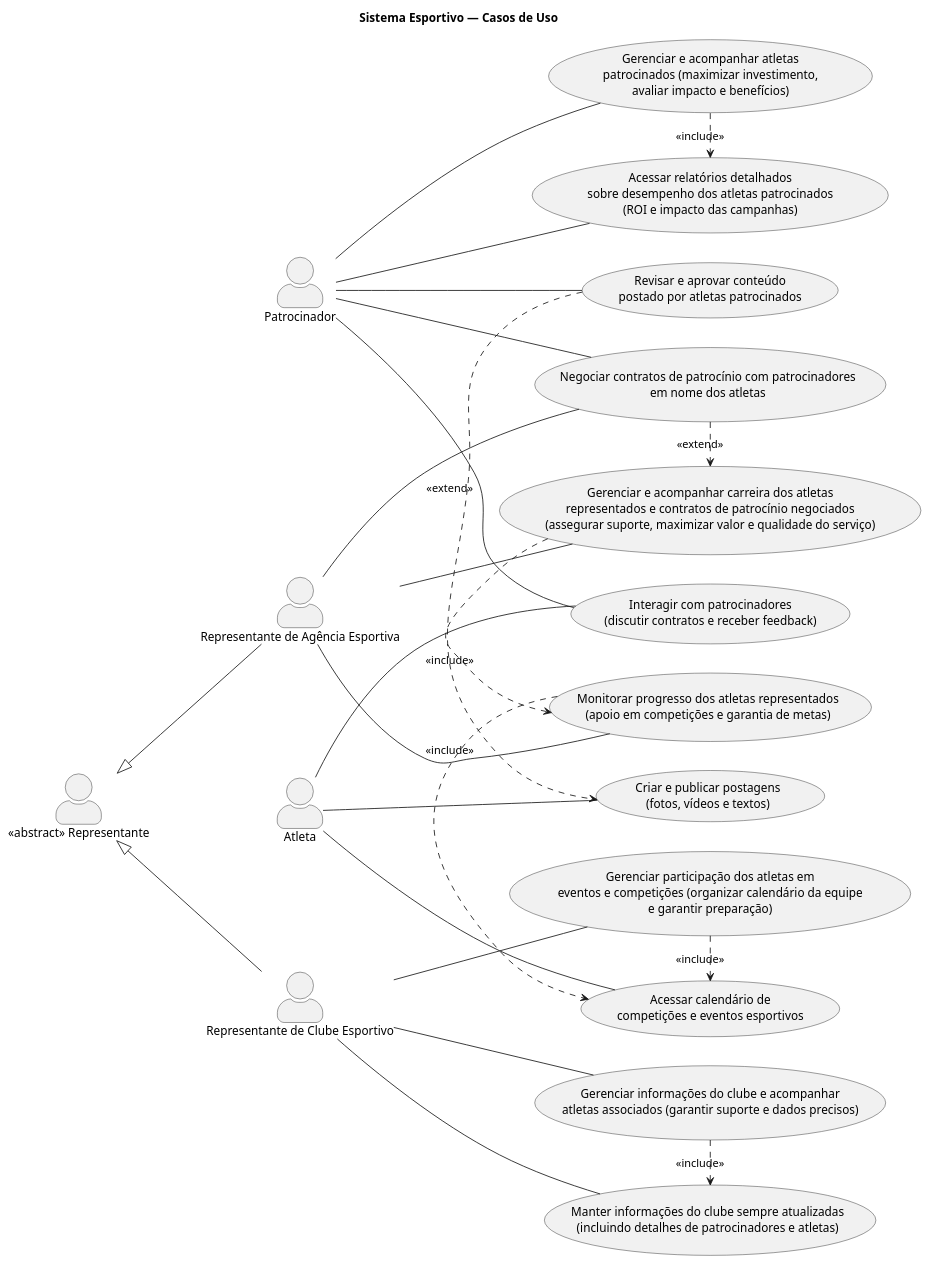
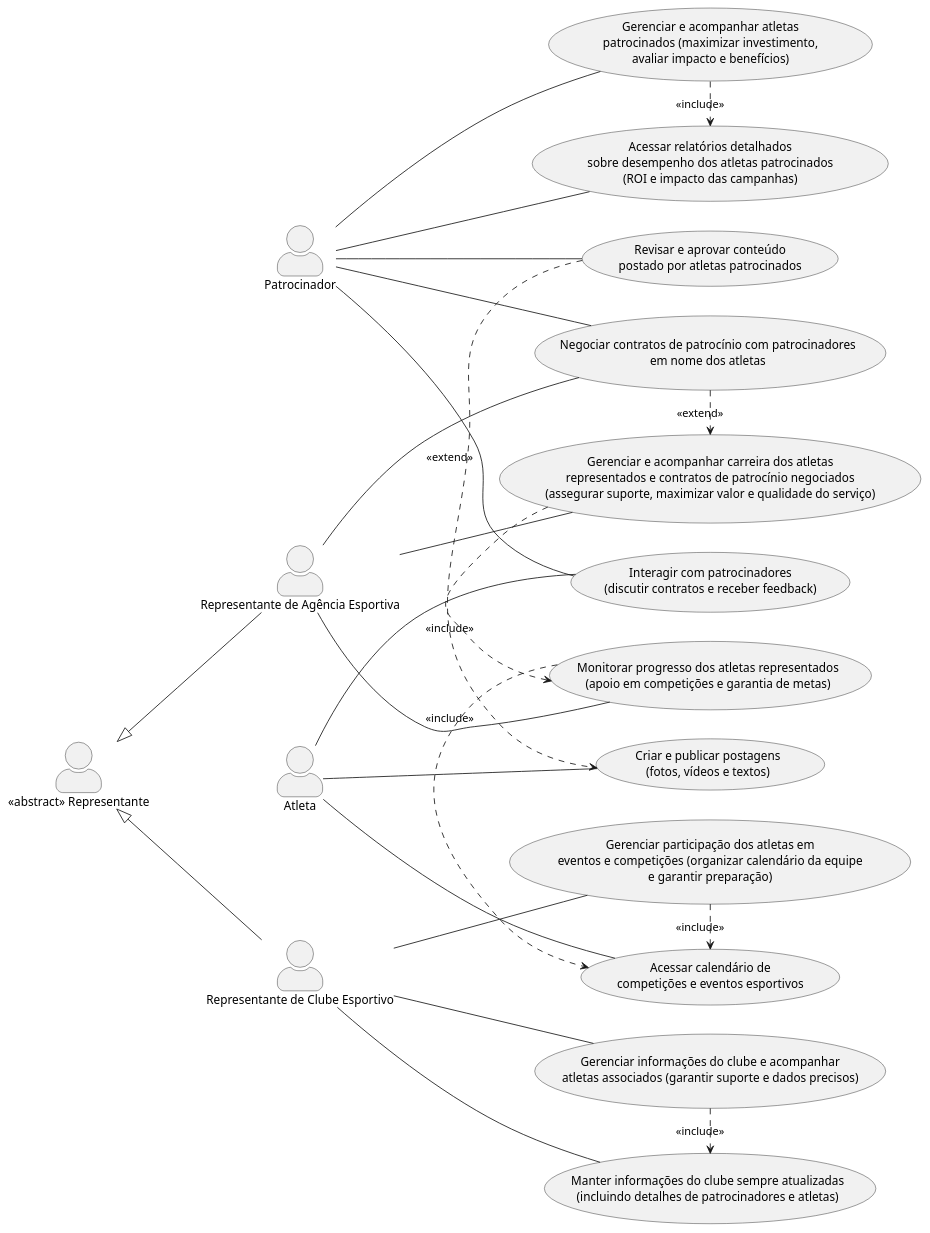
The diagram in DescricaoAtividadesRealizadas/AvaliacaoDiretrizes/Sistema1-Atletas/casoUso-Atletas.puml (carloshenriquehannas/TCC), drawn with PlantUML before and after one commit. The commit also changed 25 other files, not shown here.

```diff
--- a/DescricaoAtividadesRealizadas/AvaliacaoDiretrizes/Sistema1-Atletas/casoUso-Atletas.puml
+++ b/DescricaoAtividadesRealizadas/AvaliacaoDiretrizes/Sistema1-Atletas/casoUso-Atletas.puml
@@ -1,92 +1,92 @@
 @startuml casos de uso - atletas
-title Sistema Esportivo — Casos de Uso
 
 left to right direction
+'top to bottom direction
 skinparam actorStyle awesome
 
 ' =======================
 ' Atores
 ' =======================
 actor "Atleta" as Atleta
 actor "Patrocinador" as Patrocinador
 
 actor "<<abstract>> Representante" as Representante
 actor "Representante de Agência Esportiva" as RepAgencia
 actor "Representante de Clube Esportivo" as RepClube
 
 Representante <|-- RepAgencia
 Representante <|-- RepClube
 
 ' =======================
 ' Casos de uso — Atleta
 ' =======================
 usecase "Criar e publicar postagens\n(fotos, vídeos e textos)" as UC_Postagens
 usecase "Interagir com patrocinadores\n(discutir contratos e receber feedback)" as UC_InteragirPatroc
 usecase "Acessar calendário de\ncompetições e eventos esportivos" as UC_Calendario
 
 Atleta -- UC_Postagens
 Atleta -- UC_InteragirPatroc
 Atleta -- UC_Calendario
 
 Patrocinador -- UC_InteragirPatroc
 
 ' =======================
 ' Casos de uso — Patrocinador
 ' =======================
 usecase "Gerenciar e acompanhar atletas\npatrocinados (maximizar investimento,\navaliar impacto e benefícios)" as UC_GerenciarAcompanhar
 usecase "Revisar e aprovar conteúdo\npostado por atletas patrocinados" as UC_AprovarConteudo
 usecase "Acessar relatórios detalhados\nsobre desempenho dos atletas patrocinados\n(ROI e impacto das campanhas)" as UC_Relatorios
 
 Patrocinador -- UC_GerenciarAcompanhar
 Patrocinador -- UC_AprovarConteudo
 Patrocinador -- UC_Relatorios
 
 ' =======================
 ' Casos de uso — Representante de Agência
 ' =======================
 usecase "Gerenciar e acompanhar carreira dos atletas\nrepresentados e contratos de patrocínio negociados\n(assegurar suporte, maximizar valor e qualidade do serviço)" as UC_GerenciarCarreiraContratos
 usecase "Monitorar progresso dos atletas representados\n(apoio em competições e garantia de metas)" as UC_MonitorarProgresso
 usecase "Negociar contratos de patrocínio com patrocinadores\nem nome dos atletas" as UC_NegociarContratos
 
 RepAgencia -- UC_GerenciarCarreiraContratos
 RepAgencia -- UC_MonitorarProgresso
 RepAgencia -- UC_NegociarContratos
 Patrocinador -- UC_NegociarContratos
 
 ' =======================
 ' Casos de uso — Representante de Clube
 ' =======================
 usecase "Gerenciar informações do clube e acompanhar\natletas associados (garantir suporte e dados precisos)" as UC_Clube_GerenciarInfoEAcompanhar
 usecase "Gerenciar participação dos atletas em\neventos e competições (organizar calendário da equipe\ne garantir preparação)" as UC_Clube_GerenciarParticipacao
 usecase "Manter informações do clube sempre atualizadas\n(incluindo detalhes de patrocinadores e atletas)" as UC_Clube_ManterInfos
 
 RepClube -- UC_Clube_GerenciarInfoEAcompanhar
 RepClube -- UC_Clube_GerenciarParticipacao
 RepClube -- UC_Clube_ManterInfos
 
 ' =======================
 ' Relações include / extend (sist. real)
 ' =======================
 
 ' 1) Patrocinador aprova conteúdo como etapa opcional da publicação do atleta
 UC_AprovarConteudo .> UC_Postagens : <<extend>>
 
 ' 2) Patrocinador, ao gerir/acompanhar, reutiliza relatórios detalhados
 UC_GerenciarAcompanhar .> UC_Relatorios : <<include>>
 
 ' 3) Agência: gestão de carreira/contratos engloba monitoramento contínuo
 UC_GerenciarCarreiraContratos .> UC_MonitorarProgresso : <<include>>
 
 ' 4) Agência: negociação ocorre como extensão da gestão quando há (re)negociação
 UC_NegociarContratos .> UC_GerenciarCarreiraContratos : <<extend>>
 
 ' 5) Clube: gestão de info/acompanhamento inclui manutenção de dados do clube
 UC_Clube_GerenciarInfoEAcompanhar .> UC_Clube_ManterInfos : <<include>>
 
 ' 6) Clube: gestão de participação depende do acesso ao calendário
 UC_Clube_GerenciarParticipacao .> UC_Calendario : <<include>>
 
 ' 7) Agência: monitorar progresso também depende do calendário de eventos
 UC_MonitorarProgresso .> UC_Calendario : <<include>>
 
 @enduml
```
